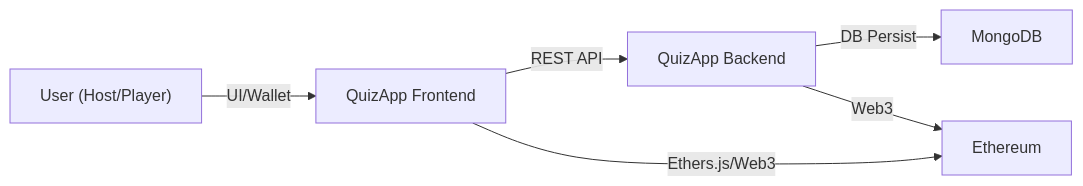
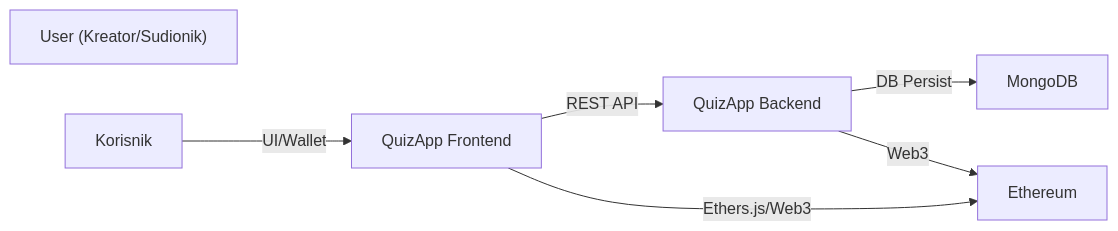
One commit to ian12-21/QuizApp-Frontend changed the first of 6 diagrams in README_Version3.md. Above: the diagram before and after it, drawn with Mermaid.

````diff
--- a/README_Version3.md
+++ b/README_Version3.md
@@ -9,14 +9,14 @@
 ```mermaid
 flowchart LR
-    User["User (Host/Player)"]
+    User["User (Kreator/Sudionik)"]
     Frontend["QuizApp Frontend"]
     Backend["QuizApp Backend"]
     DB["MongoDB"]
     Ethereum["Ethereum"]
 
-    User -- "UI/Wallet" --> Frontend
+    Korisnik -- "UI/Wallet" --> Frontend
     Frontend -- "REST API" --> Backend
     Backend -- "DB Persist" --> DB
     Backend -- "Web3" --> Ethereum
     Frontend -- "Ethers.js/Web3" --> Ethereum
 ```
````
